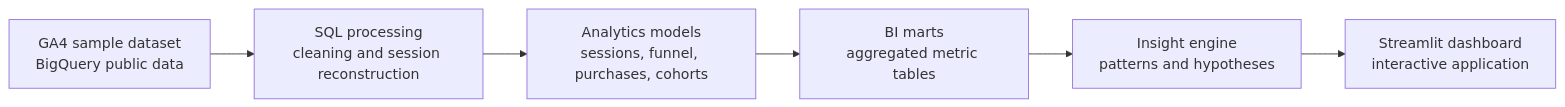
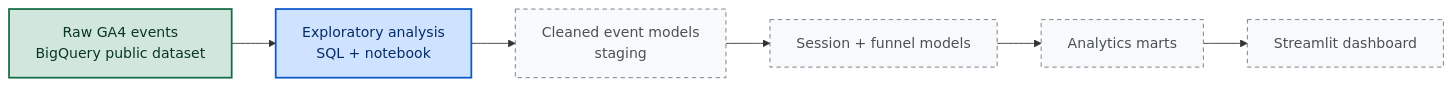
The diagram in README.md (nnurkass/growthscope), drawn with Mermaid before and after one commit. The commit also changed other lines of this file and 28 other files, not shown here.

````diff
--- a/README.md
+++ b/README.md
@@ -96,8 +101,15 @@
 ```mermaid
 flowchart LR
-    A[GA4 sample dataset<br/>BigQuery public data] --> B[SQL processing<br/>cleaning and session reconstruction]
-    B --> C[Analytics models<br/>sessions, funnel, purchases, cohorts]
-    C --> D[BI marts<br/>aggregated metric tables]
-    D --> E[Insight engine<br/>patterns and hypotheses]
-    E --> F[Streamlit dashboard<br/>interactive application]
+    A["Raw GA4 events<br/>BigQuery public dataset"] --> B["Exploratory analysis<br/>SQL + notebook"]
+    B --> C["Cleaned event models<br/>staging"]
+    C --> D["Session + funnel models"]
+    D --> E["Analytics marts"]
+    E --> F["Streamlit dashboard"]
+
+    classDef available fill:#d1e7dd,stroke:#146c43,stroke-width:2px,color:#0a3622
+    classDef done fill:#cfe2ff,stroke:#0a58ca,stroke-width:2px,color:#052c65
+    classDef planned fill:#f8f9fa,stroke:#6c757d,stroke-dasharray:5 4,color:#495057
+    class A available
+    class B done
+    class C,D,E,F planned
 ```
````
